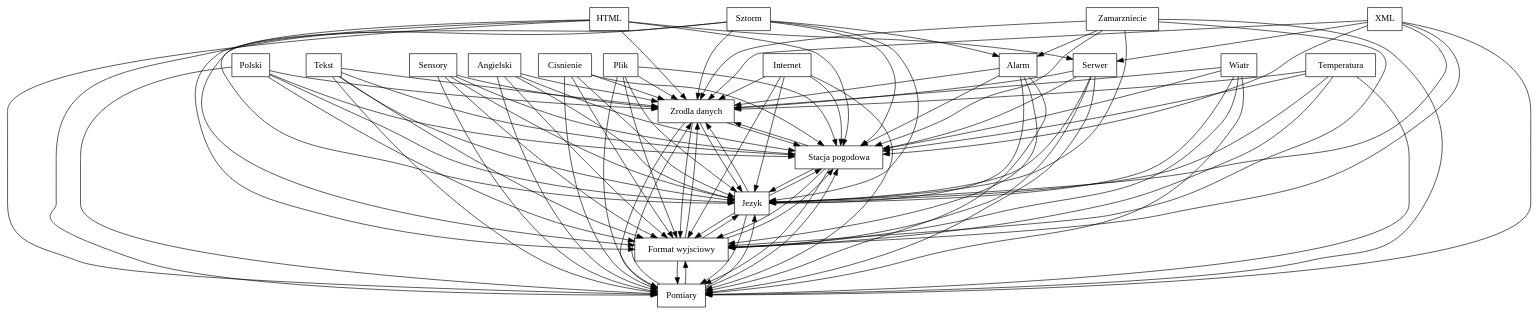
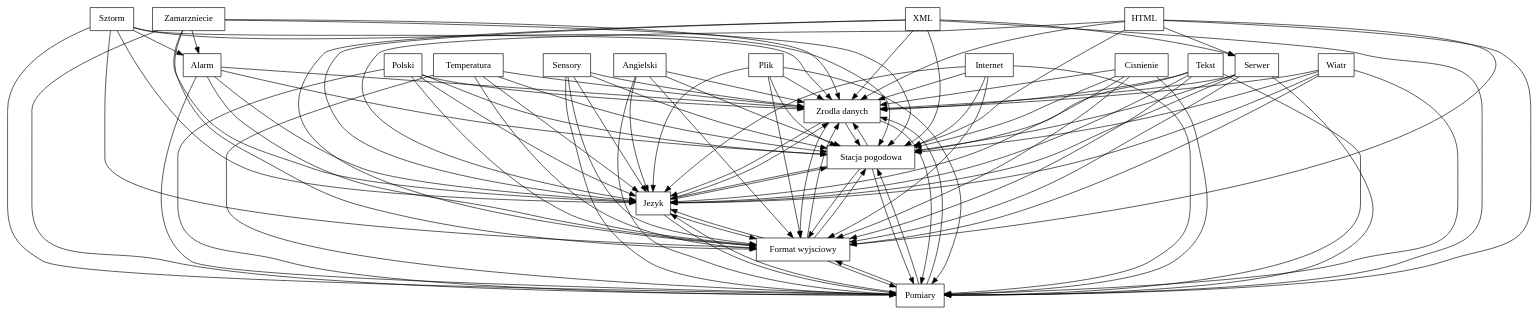
One commit to FAMILIAR-project/familiar-language changed the diagram in FAMILIAR/output/SPLOT-big/fm_34_model_20100607_746327867.xml.dot. Above: the diagram before and after it, drawn with Graphviz. The commit also changed 102 other files, not shown here.

```diff
--- a/FAMILIAR/output/SPLOT-big/fm_34_model_20100607_746327867.xml.dot
+++ b/FAMILIAR/output/SPLOT-big/fm_34_model_20100607_746327867.xml.dot
@@ -1,124 +1,124 @@
 digraph{
 graph [rankdir=TB];
 node [shape=box];
 edge [arrowhead=normal];
 0[label="Zrodla danych",]
 1[label="Sensory",]
 2[label="Angielski",]
 3[label="Stacja pogodowa",]
 4[label="Serwer",]
-5[label="Polski",]
-6[label="Zamarzniecie",]
+5[label="Zamarzniecie",]
+6[label="Polski",]
 7[label="Pomiary",]
 8[label="Temperatura",]
 9[label="Sztorm",]
 10[label="Cisnienie",]
 11[label="Alarm",]
-12[label="Format wyjsciowy",]
-13[label="Wiatr",]
+12[label="Wiatr",]
+13[label="Format wyjsciowy",]
 14[label="Tekst",]
 15[label="Jezyk",]
 16[label="HTML",]
 17[label="XML",]
 18[label="Plik",]
 19[label="Internet",]
 0->3[label="",]
 0->7[label="",]
-0->12[label="",]
+0->13[label="",]
 0->15[label="",]
 1->0[label="",]
 1->3[label="",]
 1->7[label="",]
-1->12[label="",]
+1->13[label="",]
 1->15[label="",]
 2->0[label="",]
 2->3[label="",]
 2->7[label="",]
-2->12[label="",]
+2->13[label="",]
 2->15[label="",]
 3->0[label="",]
 3->7[label="",]
-3->12[label="",]
+3->13[label="",]
 3->15[label="",]
 4->0[label="",]
 4->3[label="",]
 4->7[label="",]
-4->12[label="",]
+4->13[label="",]
 4->15[label="",]
 5->0[label="",]
 5->3[label="",]
 5->7[label="",]
-5->12[label="",]
+5->11[label="",]
+5->13[label="",]
 5->15[label="",]
 6->0[label="",]
 6->3[label="",]
 6->7[label="",]
-6->11[label="",]
-6->12[label="",]
+6->13[label="",]
 6->15[label="",]
 7->0[label="",]
 7->3[label="",]
-7->12[label="",]
+7->13[label="",]
 7->15[label="",]
 8->0[label="",]
 8->3[label="",]
 8->7[label="",]
-8->12[label="",]
+8->13[label="",]
 8->15[label="",]
 9->0[label="",]
 9->3[label="",]
 9->7[label="",]
 9->11[label="",]
-9->12[label="",]
+9->13[label="",]
 9->15[label="",]
 10->0[label="",]
 10->3[label="",]
 10->7[label="",]
-10->12[label="",]
+10->13[label="",]
 10->15[label="",]
 11->0[label="",]
 11->3[label="",]
 11->7[label="",]
-11->12[label="",]
+11->13[label="",]
 11->15[label="",]
 12->0[label="",]
 12->3[label="",]
 12->7[label="",]
+12->13[label="",]
 12->15[label="",]
 13->0[label="",]
 13->3[label="",]
 13->7[label="",]
-13->12[label="",]
 13->15[label="",]
 14->0[label="",]
 14->3[label="",]
 14->7[label="",]
-14->12[label="",]
+14->13[label="",]
 14->15[label="",]
 15->0[label="",]
 15->3[label="",]
 15->7[label="",]
-15->12[label="",]
+15->13[label="",]
 16->0[label="",]
 16->3[label="",]
 16->4[label="",]
 16->7[label="",]
-16->12[label="",]
+16->13[label="",]
 16->15[label="",]
 17->0[label="",]
 17->3[label="",]
 17->4[label="",]
 17->7[label="",]
-17->12[label="",]
+17->13[label="",]
 17->15[label="",]
 18->0[label="",]
 18->3[label="",]
 18->7[label="",]
-18->12[label="",]
+18->13[label="",]
 18->15[label="",]
 19->0[label="",]
 19->3[label="",]
 19->7[label="",]
-19->12[label="",]
+19->13[label="",]
 19->15[label="",]
 }
```
